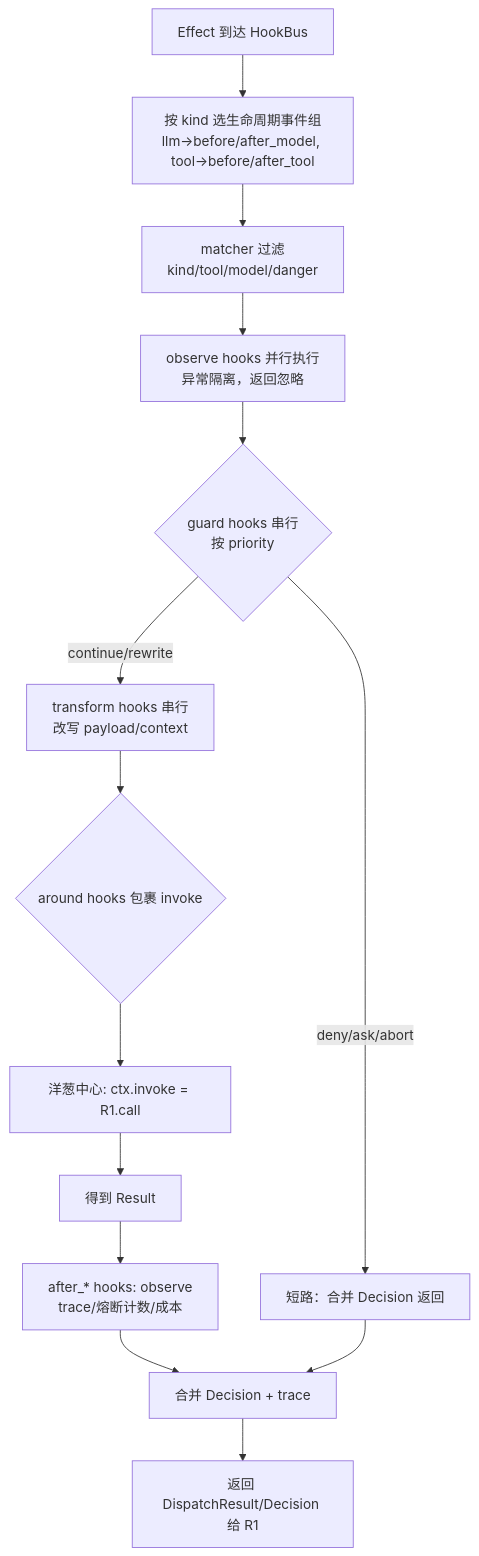
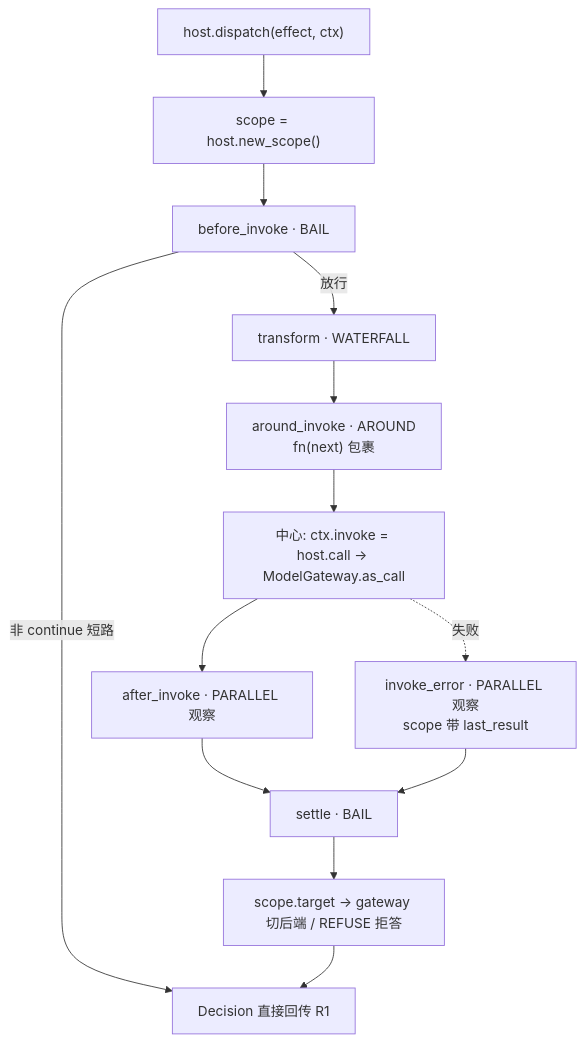
Before and after one commit to sao-lang/lll: the fourth of 13 diagrams in docs/01-总览与设计/AGENT-总设计.md, drawn with Mermaid. The commit also changed other lines of this file and 67 other files, not shown here.

````diff
--- a/docs/01-总览与设计/AGENT-总设计.md
+++ b/docs/01-总览与设计/AGENT-总设计.md
@@ -399,16 +432,15 @@
 ```mermaid
 flowchart TD
-    E["Effect 到达 HookBus"] --> SEL["按 kind 选生命周期事件组<br/>llm→before/after_model, tool→before/after_tool"]
-    SEL --> M["matcher 过滤<br/>kind/tool/model/danger"]
-    M --> OBS["observe hooks 并行执行<br/>异常隔离，返回忽略"]
-    OBS --> G{"guard hooks 串行<br/>按 priority"}
-    G -->|deny/ask/abort| SHORT["短路：合并 Decision 返回"]
-    G -->|continue/rewrite| TR["transform hooks 串行<br/>改写 payload/context"]
-    TR --> AR{"around hooks 包裹 invoke"}
-    AR --> CORE["洋葱中心: ctx.invoke = R1.call"]
-    CORE --> RES["得到 Result"]
-    RES --> AH["after_* hooks: observe<br/>trace/熔断计数/成本"]
-    AH --> MERGE["合并 Decision + trace"]
-    SHORT --> MERGE
-    MERGE --> OUT["返回 DispatchResult/Decision 给 R1"]
+    E["host.dispatch(effect, ctx)"] --> NS["scope = host.new_scope()"]
+    NS --> BI["before_invoke · BAIL"]
+    BI -->|非 continue 短路| RET["Decision 直接回传 R1"]
+    BI -->|放行| TR["transform · WATERFALL"]
+    TR --> AR["around_invoke · AROUND<br/>fn(next) 包裹"]
+    AR --> CORE["中心: ctx.invoke = host.call → ModelGateway.as_call"]
+    CORE --> AI["after_invoke · PARALLEL 观察"]
+    CORE -.失败.-> IE["invoke_error · PARALLEL 观察<br/>scope 带 last_result"]
+    AI --> ST["settle · BAIL"]
+    IE --> ST
+    ST --> T["scope.target → gateway 切后端 / REFUSE 拒答"]
+    T --> RET
 ```
````
